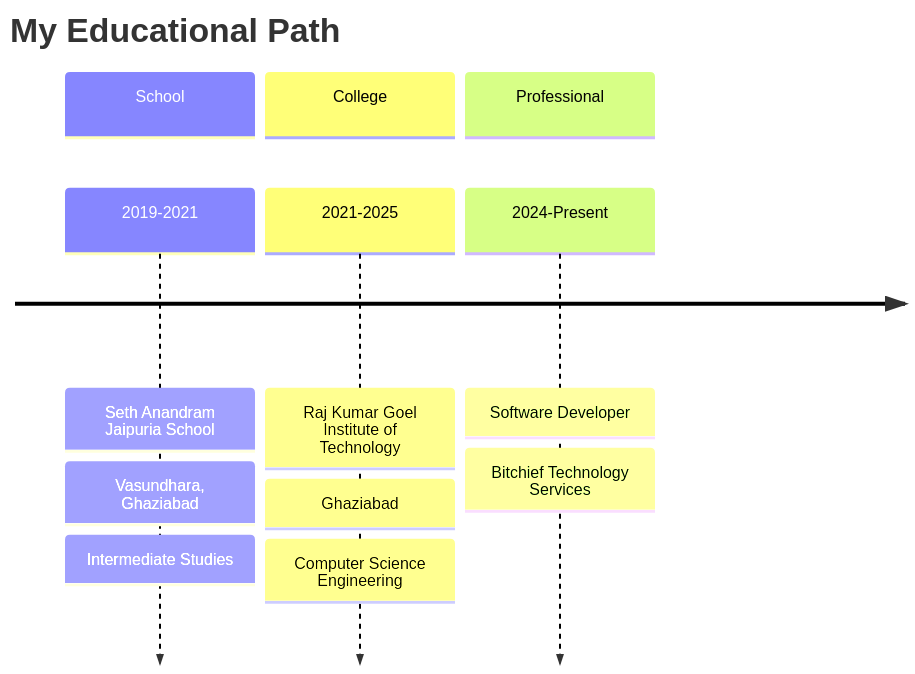
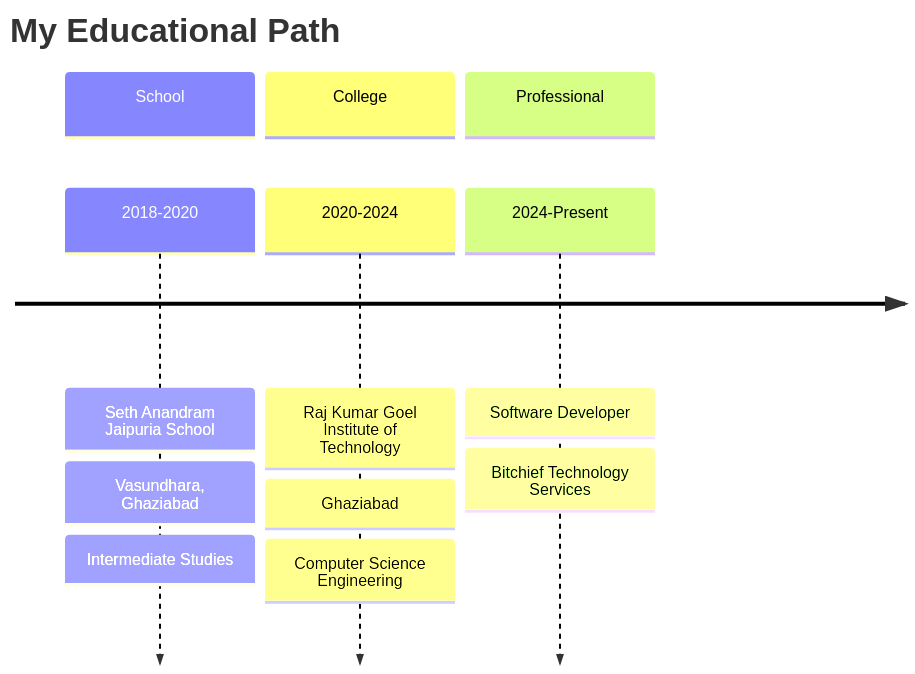
The diagram in README.md (AadityaPanda/AadityaPanda), drawn with Mermaid before and after one commit.

````diff
--- a/README.md
+++ b/README.md
@@ -122,15 +122,15 @@
 ```mermaid
 timeline
     title My Educational Path
     section School
-        2019-2021 : Seth Anandram Jaipuria School
+        2018-2020 : Seth Anandram Jaipuria School
                   : Vasundhara, Ghaziabad
                   : Intermediate Studies
     section College  
-        2021-2025 : Raj Kumar Goel Institute of Technology
+        2020-2024 : Raj Kumar Goel Institute of Technology
                   : Ghaziabad
                   : Computer Science Engineering
     section Professional
         2024-Present : Software Developer
                      : Bitchief Technology Services
 ```
````
